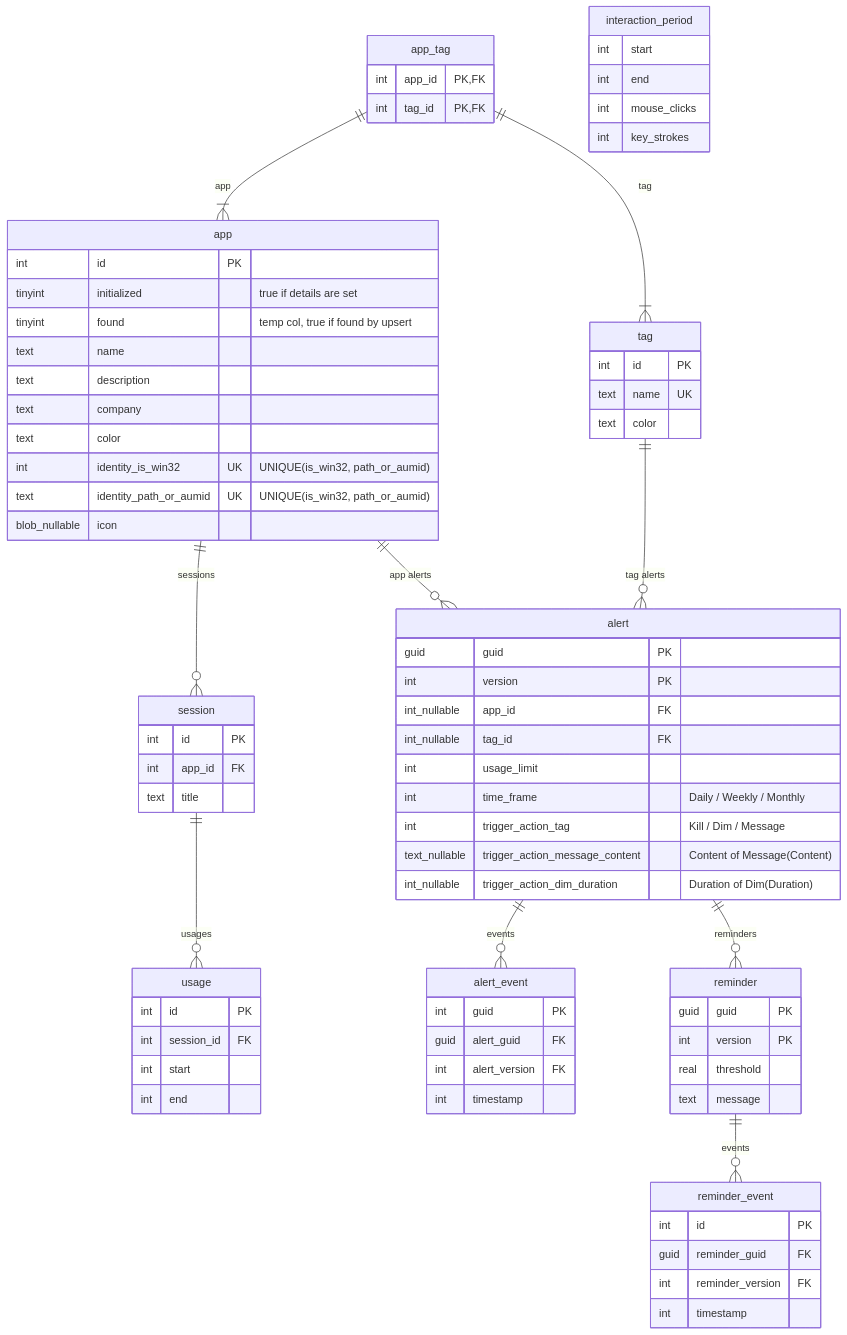
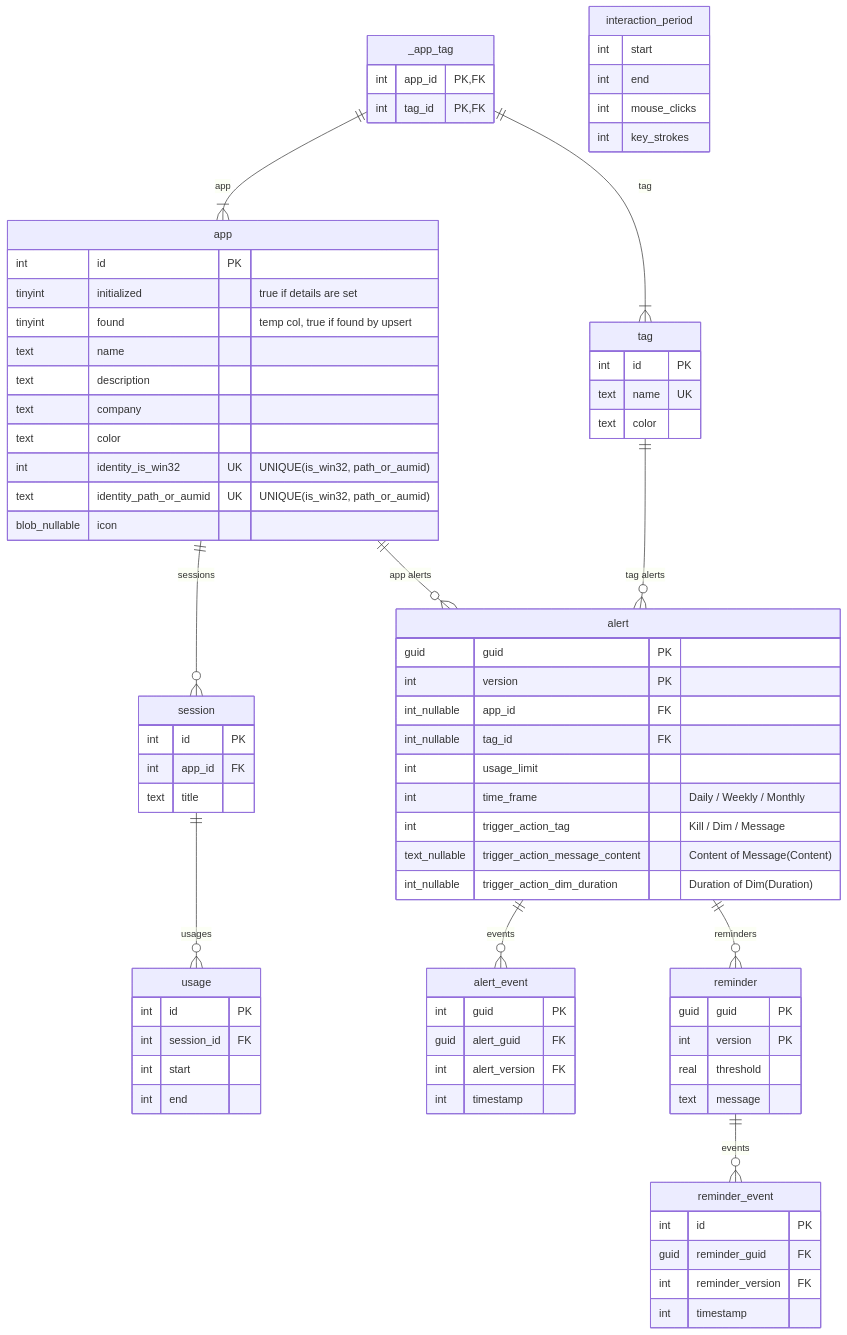
One commit to Enigmatrix/Cobalt changed the diagram in ARCHITECTURE.md. Above: the diagram before and after it, drawn with Mermaid.

Commit message:
fix: change app_tag to "_app_tag" in ER diagram

```diff
--- a/ARCHITECTURE.md
+++ b/ARCHITECTURE.md
@@ -24,7 +24,7 @@
         text            color
     }
 
-    app_tag {
+    "_app_tag" {
         int             app_id PK,FK
         int             tag_id PK,FK
     }
@@ -84,8 +84,8 @@
 
     app ||--o{ session : sessions
     session ||--o{ usage : usages
-    app_tag ||--|{ app : app
-    app_tag ||--|{ tag : tag
+    "_app_tag" ||--|{ app : app
+    "_app_tag" ||--|{ tag : tag
     app ||--o{ alert : "app alerts"
     tag ||--o{ alert : "tag alerts"
     alert ||--o{ reminder : reminders
```
